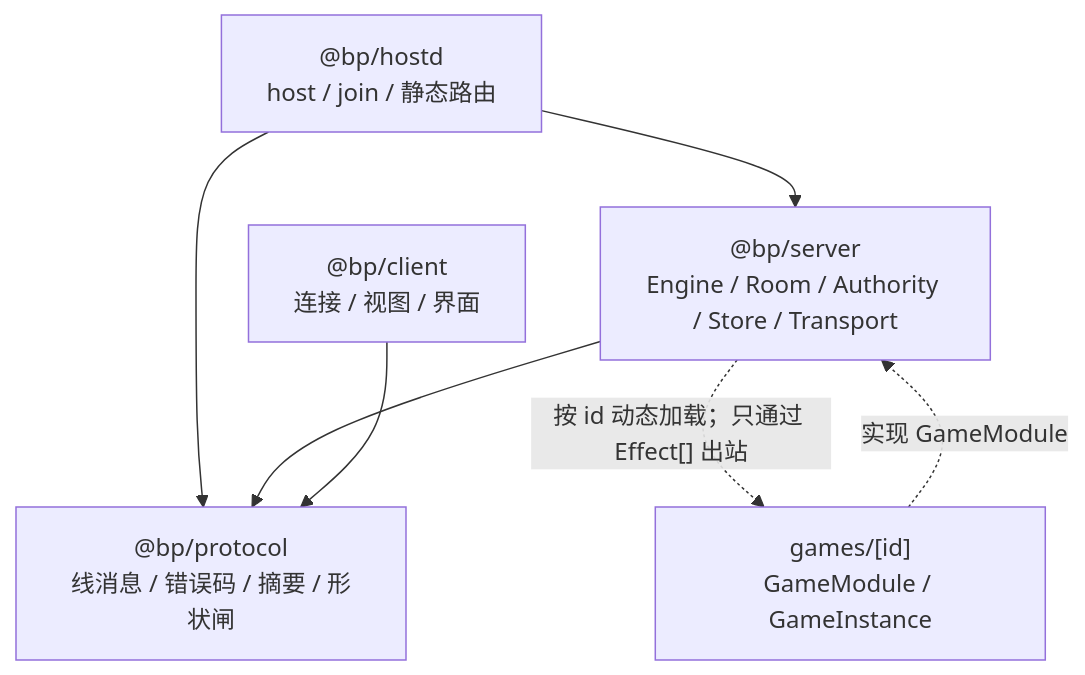
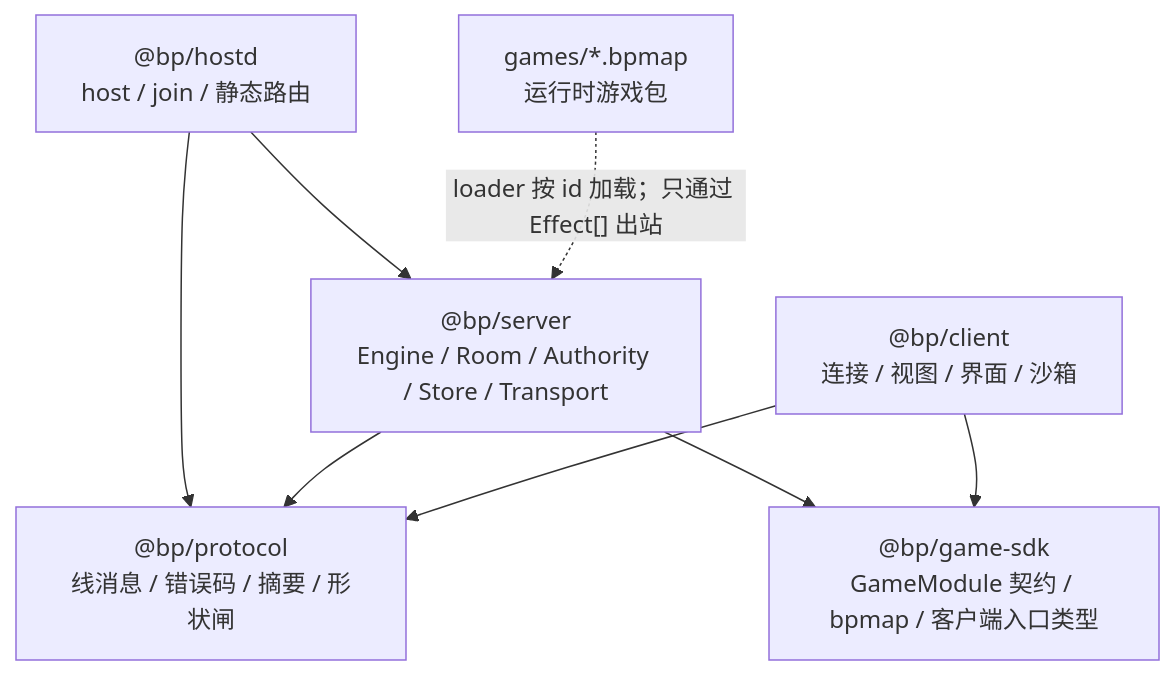
Before and after one commit to Lizardon386/3178-battle-platform: the sixth of 6 diagrams in DESIGN.md, drawn with Mermaid. The commit also changed other lines of this file and 1 other file, not shown here.

````diff
--- a/DESIGN.md
+++ b/DESIGN.md
@@ -175,14 +182,16 @@
 ```mermaid
 flowchart TD
   P["@bp/protocol<br/>线消息 / 错误码 / 摘要 / 形状闸"]
+  K["@bp/game-sdk<br/>GameModule 契约 / bpmap / 客户端入口类型"]
   S["@bp/server<br/>Engine / Room / Authority / Store / Transport"]
-  C["@bp/client<br/>连接 / 视图 / 界面"]
+  C["@bp/client<br/>连接 / 视图 / 界面 / 沙箱"]
   H["@bp/hostd<br/>host / join / 静态路由"]
-  G["games/[id]<br/>GameModule / GameInstance"]
+  G["games/*.bpmap<br/>运行时游戏包"]
   H --> S
   H --> P
   S --> P
+  S --> K
   C --> P
-  G -. "实现 GameModule" .-> S
-  S -. "按 id 动态加载；只通过 Effect[] 出站" .-> G
+  C --> K
+  G -. "loader 按 id 加载；只通过 Effect[] 出站" .-> S
 ```
````
